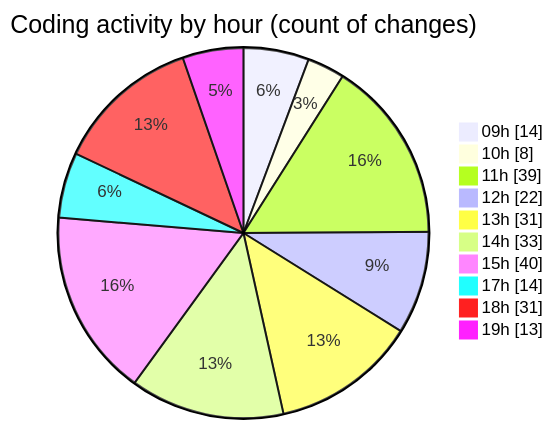
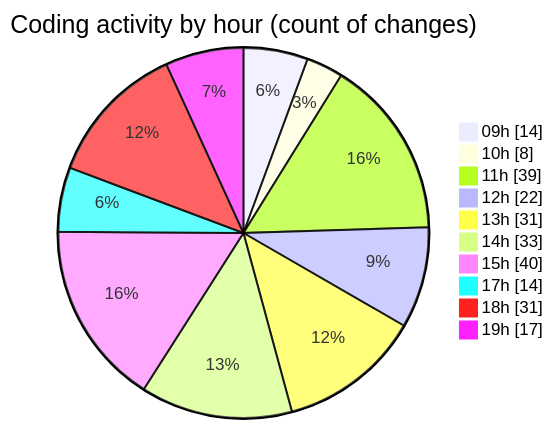
Before and after one commit to momahboobian/code-tracking: the second of 2 diagrams in 2025-02-07/cda/README.md, drawn with Mermaid. The commit also changed other lines of this file and 1 other file, not shown here.

````diff
--- a/2025-02-07/cda/README.md
+++ b/2025-02-07/cda/README.md
@@ -70,14 +70,14 @@
 ```mermaid
 pie showData
 title Coding activity by hour (count of changes)
 "09h" : 14
 "10h" : 8
 "11h" : 39
 "12h" : 22
 "13h" : 31
 "14h" : 33
 "15h" : 40
 "17h" : 14
 "18h" : 31
-"19h" : 13
+"19h" : 17
 ```
````
